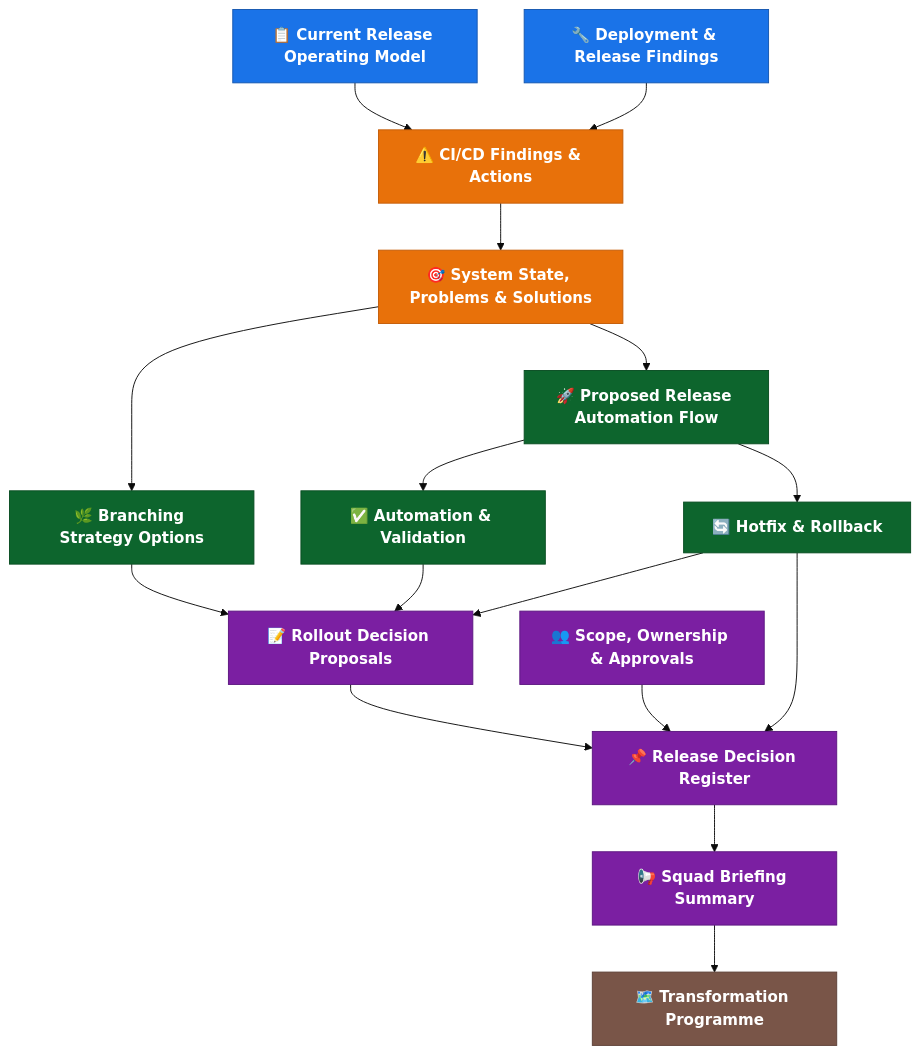
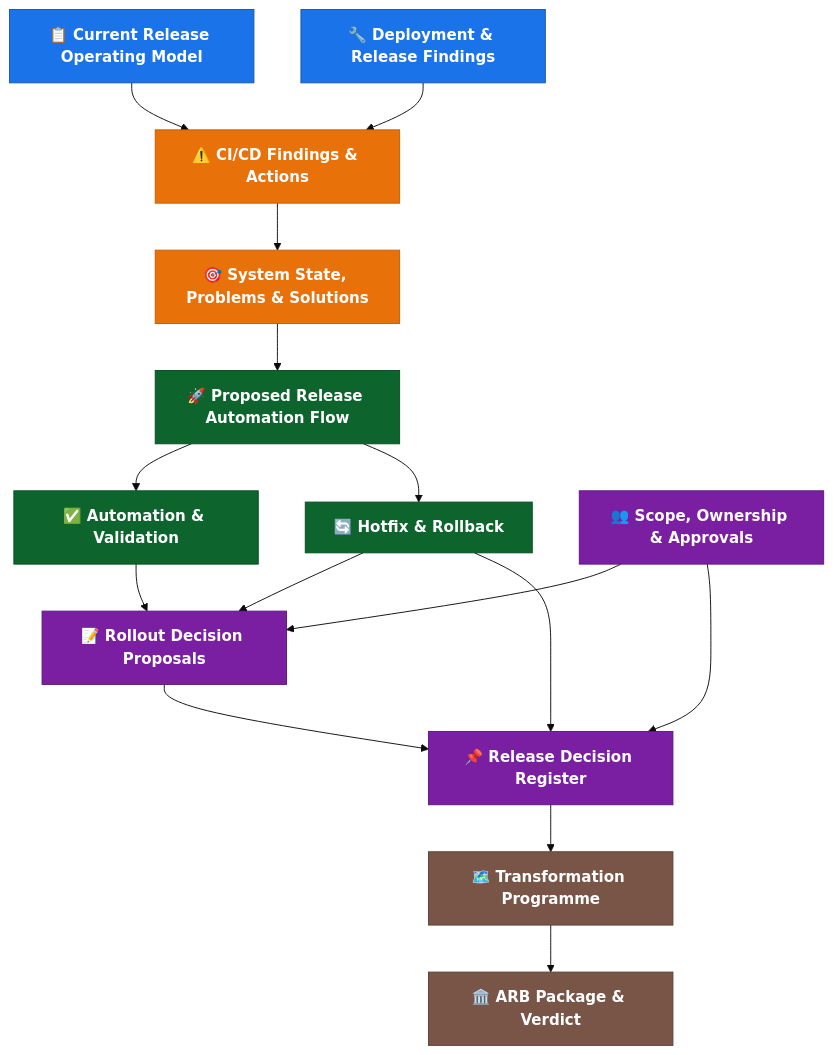
One commit to benanaktaspusulait/branching-strategy changed the diagram in README.md. Above: the diagram before and after it, drawn with Mermaid. The commit also changed other lines of this file and 12 other files, not shown here.

````diff
--- a/README.md
+++ b/README.md
@@ -114,44 +91,43 @@
 ```mermaid
 %%{init: {'theme': 'base', 'themeVariables': {'primaryColor': '#4a90d9', 'primaryTextColor': '#fff', 'primaryBorderColor': '#2c6fad', 'secondaryColor': '#f0f4f8', 'tertiaryColor': '#e8f5e9'}}}%%
 
 flowchart TD
   %% Layer 1
   A["📋 Current Release Operating Model"]:::current
   B["🔧 Deployment & Release Findings"]:::current
 
   %% Layer 2
   C["⚠️ CI/CD Findings & Actions"]:::problem
   D["🎯 System State, Problems & Solutions"]:::problem
 
   %% Layer 3
   E["🚀 Proposed Release Automation Flow"]:::solution
-  F["🌿 Branching Strategy Options"]:::solution
   G["✅ Automation & Validation"]:::solution
   H["🔄 Hotfix & Rollback"]:::solution
+  J["👥 Scope, Ownership & Approvals"]:::decision
 
   %% Layer 4
   I["📝 Rollout Decision Proposals"]:::decision
-  J["👥 Scope, Ownership & Approvals"]:::decision
-  K["📢 Squad Briefing Summary"]:::decision
   M["📌 Release Decision Register"]:::decision
 
   %% Layer 5
   L["🗺️ Transformation Programme"]:::transform
+  N["🏛️ ARB Package & Verdict"]:::transform
 
   %% Relationships
   A & B --> C --> D
-  D --> E & F
+  D --> E
   E --> G & H
-  F & G & H --> I
-  I --> M
+  G & H & J --> I
   J --> M
   H --> M
-  M --> K
-  K --> L
+  I --> M
+  M --> L
+  L --> N
 
   classDef current fill:#1a73e8,stroke:#1557b0,color:#fff,font-weight:bold
   classDef problem fill:#e8710a,stroke:#c45d08,color:#fff,font-weight:bold
   classDef solution fill:#0d652d,stroke:#094d22,color:#fff,font-weight:bold
   classDef decision fill:#7b1fa2,stroke:#5c1680,color:#fff,font-weight:bold
   classDef transform fill:#795548,stroke:#5d4037,color:#fff,font-weight:bold
 ```
````
